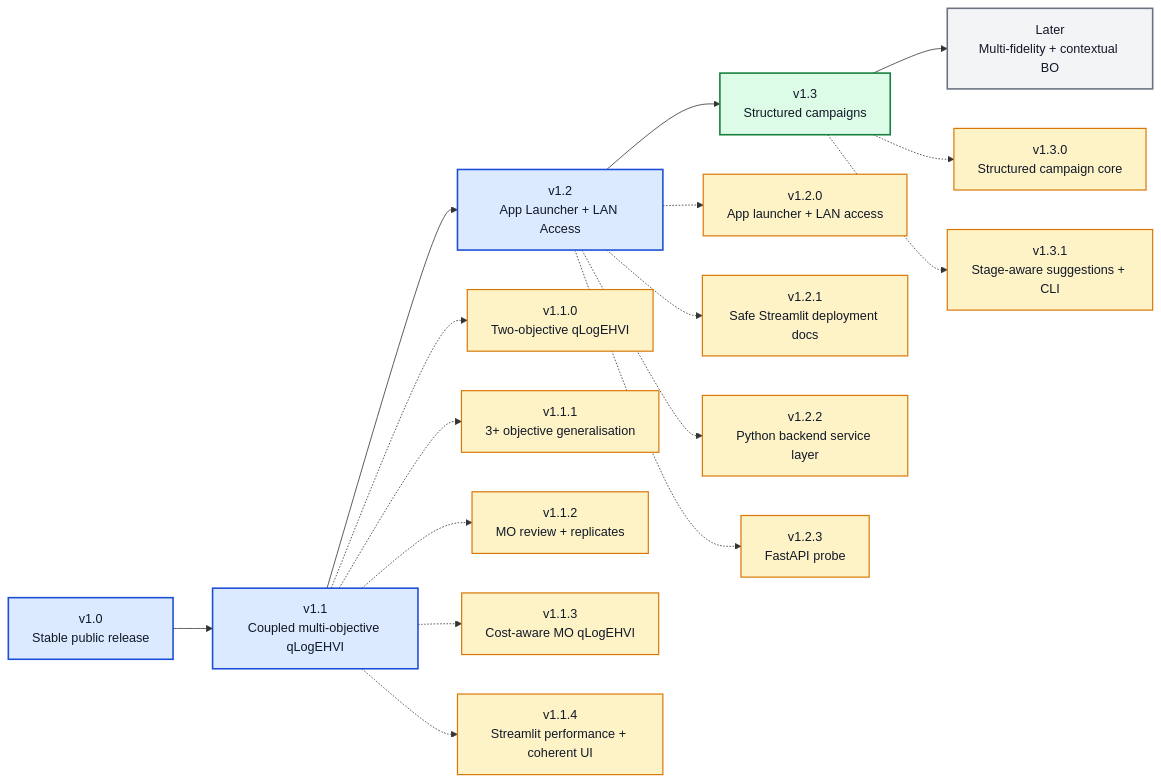
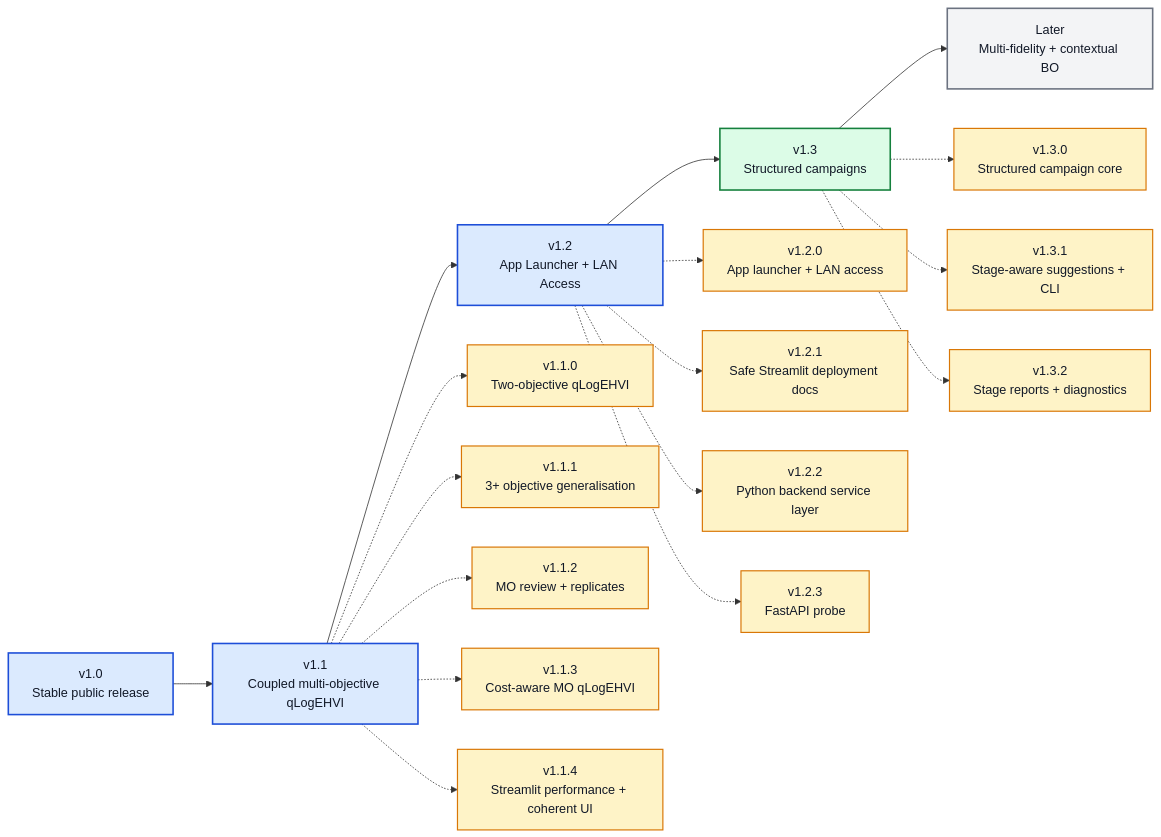
The diagram in ROADMAP_V1_X.md (angzeli/bo-forge), drawn with Mermaid before and after one commit. The commit also changed other lines of this file and 26 other files, not shown here.

Commit message:
v1.3.2 update: stage reports and diagnostics

````diff
--- a/ROADMAP_V1_X.md
+++ b/ROADMAP_V1_X.md
@@ -7,38 +7,40 @@
 ```mermaid
 flowchart LR
     v10["v1.0<br/>Stable public release"] --> v11["v1.1<br/>Coupled multi-objective qLogEHVI"] --> v12["v1.2<br/>App Launcher + LAN Access"] --> v13["v1.3<br/>Structured campaigns"] --> later["Later<br/>Multi-fidelity + contextual BO"]
 
     v110["v1.1.0<br/>Two-objective qLogEHVI"]
     v111["v1.1.1<br/>3+ objective generalisation"]
     v112["v1.1.2<br/>MO review + replicates"]
     v113["v1.1.3<br/>Cost-aware MO qLogEHVI"]
     v114["v1.1.4<br/>Streamlit performance + coherent UI"]
     v120["v1.2.0<br/>App launcher + LAN access"]
     v121["v1.2.1<br/>Safe Streamlit deployment docs"]
     v122["v1.2.2<br/>Python backend service layer"]
     v123["v1.2.3<br/>FastAPI probe"]
     v130["v1.3.0<br/>Structured campaign core"]
     v131["v1.3.1<br/>Stage-aware suggestions + CLI"]
+    v132["v1.3.2<br/>Stage reports + diagnostics"]
     
     v11 -.-> v110
     v11 -.-> v111
     v11 -.-> v112
     v11 -.-> v113
     v11 -.-> v114
     v12 -.-> v120
     v12 -.-> v121
     v12 -.-> v122
     v12 -.-> v123
     v13 -.-> v130
     v13 -.-> v131
+    v13 -.-> v132
 
     class v10,v11,v12 majorDone
     class v13 majorActive
     class later majorFuture
-    class v110,v111,v112,v113,v114,v120,v121,v122,v123,v130,v131 patchDone
+    class v110,v111,v112,v113,v114,v120,v121,v122,v123,v130,v131,v132 patchDone
 
     classDef majorDone fill:#dbeafe,stroke:#1d4ed8,stroke-width:2px,color:#111827;
     classDef majorActive fill:#dcfce7,stroke:#15803d,stroke-width:2px,color:#111827;
     classDef majorFuture fill:#f3f4f6,stroke:#6b7280,stroke-width:2px,color:#111827;
     classDef patchDone fill:#fef3c7,stroke:#d97706,stroke-width:1.5px,color:#111827;
 ```
````
